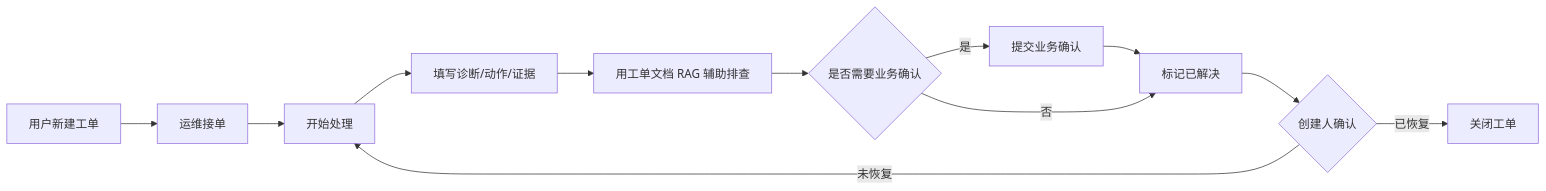
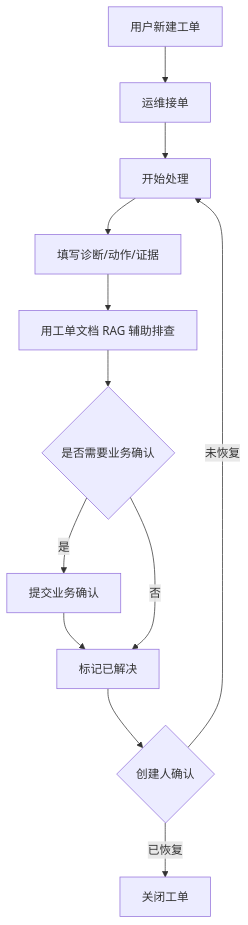
The first of 5 diagrams in opsAgent使用文档.md (djyking/opsagent), drawn with Mermaid before and after one commit. The commit also changed other lines of this file and 157 other files, not shown here.

````diff
--- a/opsAgent使用文档.md
+++ b/opsAgent使用文档.md
@@ -359,14 +374,14 @@
 ```mermaid
-flowchart LR
+flowchart TD
     A[用户新建工单] --> B[运维接单]
     B --> C[开始处理]
     C --> D[填写诊断/动作/证据]
     D --> E[用工单文档 RAG 辅助排查]
     E --> F{是否需要业务确认}
     F -->|是| G[提交业务确认]
     G --> H[标记已解决]
     F -->|否| H
     H --> I{创建人确认}
     I -->|未恢复| C
     I -->|已恢复| J[关闭工单]
 ```
````
